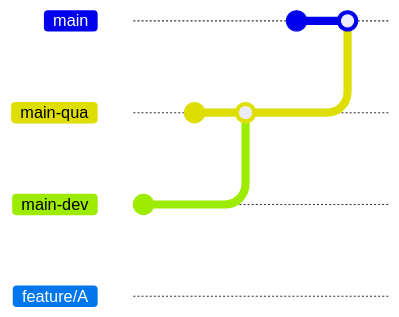
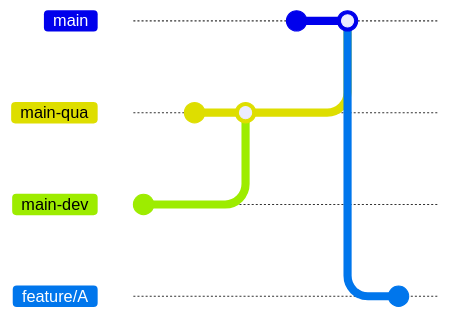
The first of 4 diagrams in mermaid04.md (petitess/markdown), drawn with Mermaid before and after one commit. Commit ids are hidden.

````diff
--- a/mermaid04.md
+++ b/mermaid04.md
@@ -1,14 +1,16 @@
 ```mermaid
 
 gitGraph
        branch main-qua
        branch main-dev
        commit
        checkout main-qua
        commit
        merge main-dev
        checkout main
        commit
        merge main-qua
-      branch feature/A
+       branch feature/A
+       commit
+       checkout main-dev
 ```
````
